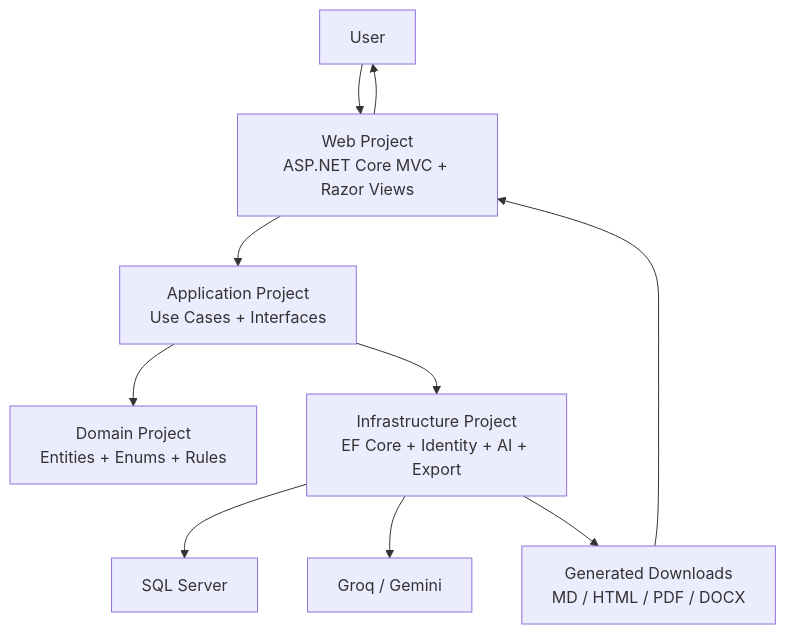
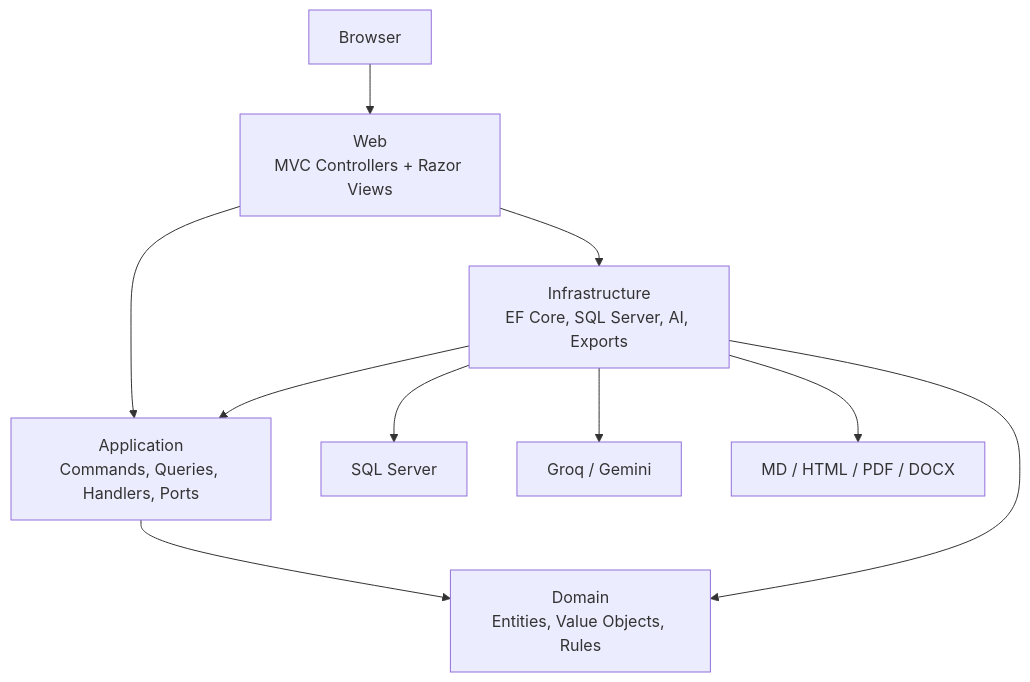
Before and after one commit to MahmoudNofaal/research-and-recommendation-report: the diagram in docs/architecture-plan.md, drawn with Mermaid. The commit also changed other lines of this file and 90 other files, not shown here.

Commit message:
update: architecture plan

````diff
--- a/docs/architecture-plan.md
+++ b/docs/architecture-plan.md
@@ -29,21 +234,21 @@
 ```mermaid
 flowchart TD
-    User["User"]
-    Web["Web Project\nASP.NET Core MVC + Razor Views"]
-    App["Application Project\nUse Cases + Interfaces"]
-    Domain["Domain Project\nEntities + Enums + Rules"]
-    Infra["Infrastructure Project\nEF Core + Identity + AI + Export"]
+    Browser["Browser"]
+    Web["Web\nMVC Controllers + Razor Views"]
+    App["Application\nCommands, Queries, Handlers, Ports"]
+    Domain["Domain\nEntities, Value Objects, Rules"]
+    Infra["Infrastructure\nEF Core, SQL Server, AI, Exports"]
     Sql["SQL Server"]
     Ai["Groq / Gemini"]
-    Files["Generated Downloads\nMD / HTML / PDF / DOCX"]
+    Docs["MD / HTML / PDF / DOCX"]
 
-    User --> Web
+    Browser --> Web
     Web --> App
     App --> Domain
-    App --> Infra
+    Infra --> App
+    Infra --> Domain
+    Web --> Infra
     Infra --> Sql
     Infra --> Ai
-    Infra --> Files
-    Files --> Web
-    Web --> User
+    Infra --> Docs
 ```
````
